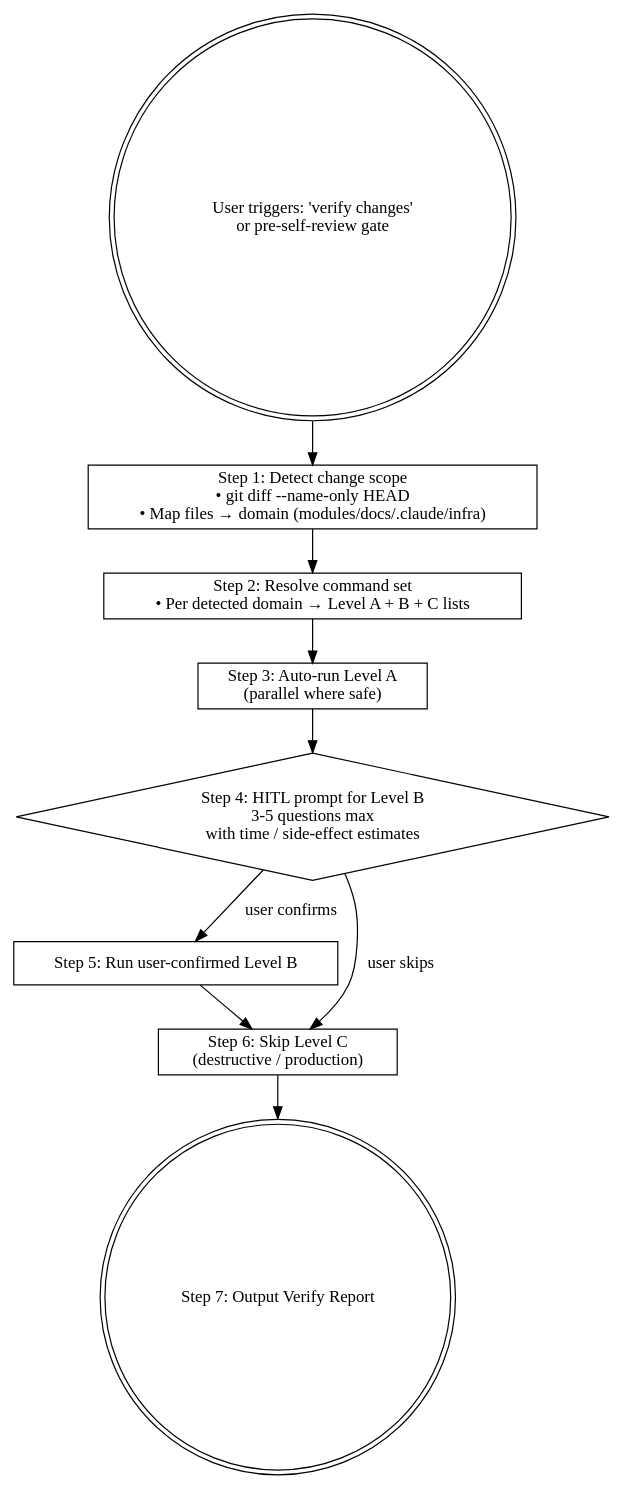
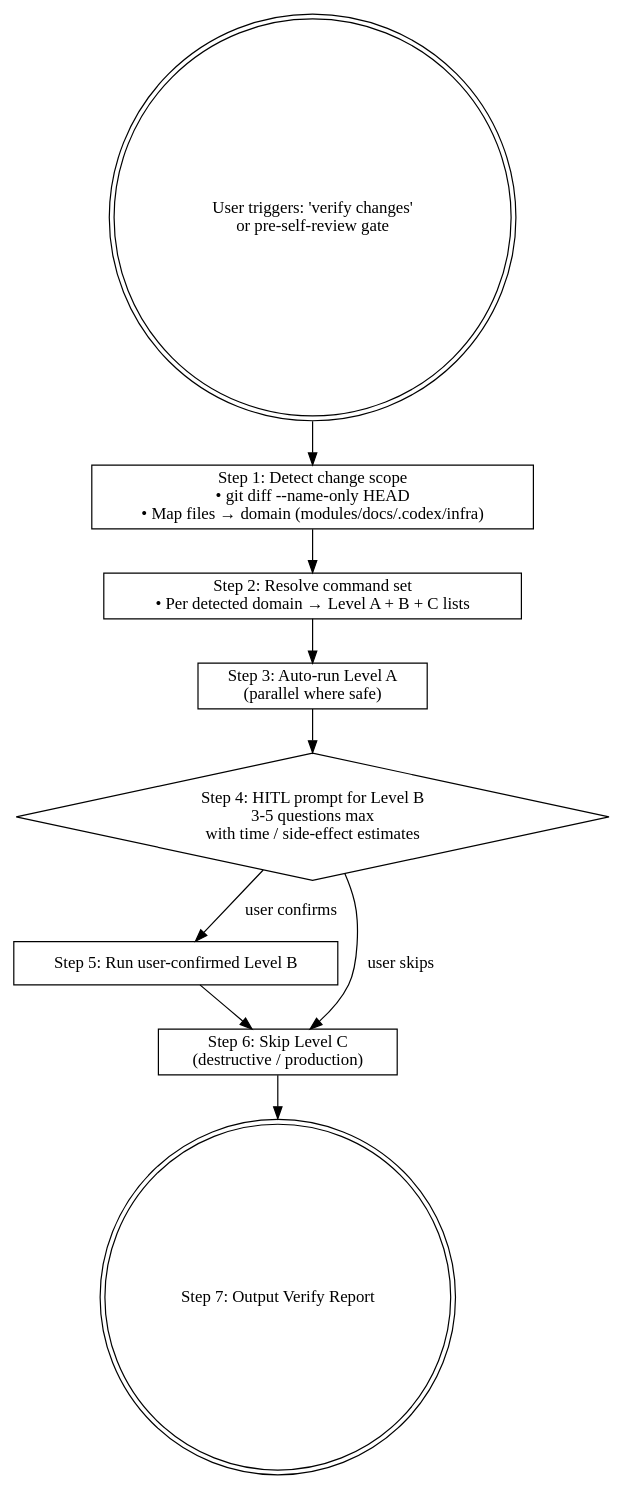
One commit to MJ-AgentLab/mj-agent changed the diagram in .agents/skills/mj-agent-flow-verify/SKILL.md. Above: the diagram before and after it, drawn with Graphviz. The commit also changed other lines of this file and 254 other files, not shown here.

````diff
--- a/.agents/skills/mj-agent-flow-verify/SKILL.md
+++ b/.agents/skills/mj-agent-flow-verify/SKILL.md
@@ -44,19 +27,19 @@
 ```dot
 digraph verify {
   rankdir=TB;
   start [label="User triggers: 'verify changes'\nor pre-self-review gate" shape=doublecircle];
 
-  s1 [label="Step 1: Detect change scope\n• git diff --name-only HEAD\n• Map files → domain (modules/docs/.claude/infra)" shape=box];
+  s1 [label="Step 1: Detect change scope\n• git diff --name-only HEAD\n• Map files → domain (modules/docs/.codex/infra)" shape=box];
   s2 [label="Step 2: Resolve command set\n• Per detected domain → Level A + B + C lists" shape=box];
   s3 [label="Step 3: Auto-run Level A\n(parallel where safe)" shape=box];
   s4 [label="Step 4: HITL prompt for Level B\n3-5 questions max\nwith time / side-effect estimates" shape=diamond];
   s5 [label="Step 5: Run user-confirmed Level B" shape=box];
   s6 [label="Step 6: Skip Level C\n(destructive / production)" shape=box];
   s7 [label="Step 7: Output Verify Report" shape=doublecircle];
 
   start -> s1 -> s2 -> s3 -> s4;
   s4 -> s5 [label="user confirms"];
   s4 -> s6 [label="user skips"];
   s5 -> s6 -> s7;
 }
 ```
````
